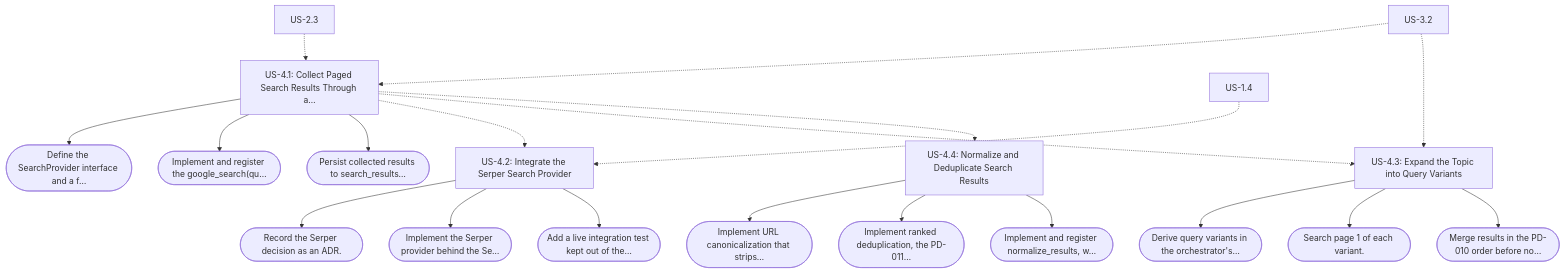
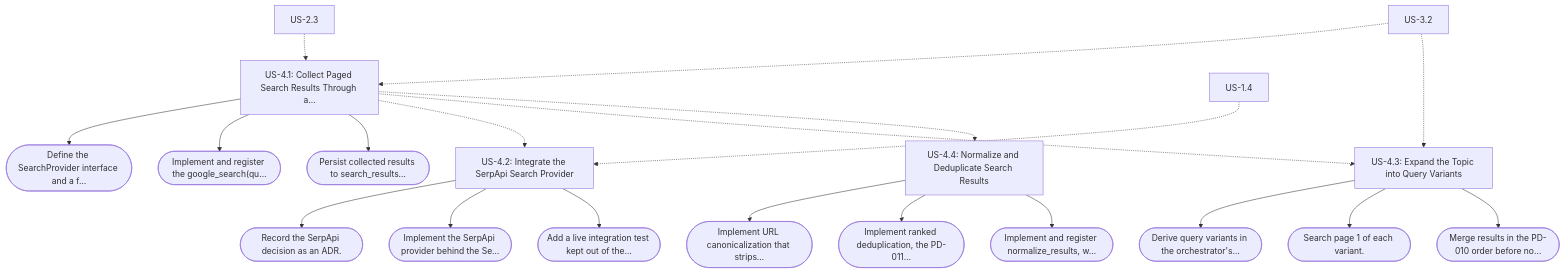
The fifth of 12 diagrams in SPECS.md (josoroma/deep-research-blog-writer), drawn with Mermaid before and after one commit. The commit also changed other lines of this file and 71 other files, not shown here.

Commit message:
Implement EPIC-4 Search with configurable providers and acceptance evidence

````diff
--- a/SPECS.md
+++ b/SPECS.md
@@ -488,29 +488,29 @@
 ```mermaid
 flowchart TD
   US-4_1["US-4.1: Collect Paged Search Results Through a…"]
   US-4_1 --> US-4_1_t1(["Define the SearchProvider interface and a f…"])
   US-4_1 --> US-4_1_t2(["Implement and register the google_search(qu…"])
   US-4_1 --> US-4_1_t3(["Persist collected results to search_results…"])
-  US-4_2["US-4.2: Integrate the Serper Search Provider"]
-  US-4_2 --> US-4_2_t1(["Record the Serper decision as an ADR."])
-  US-4_2 --> US-4_2_t2(["Implement the Serper provider behind the Se…"])
+  US-4_2["US-4.2: Integrate the SerpApi Search Provider"]
+  US-4_2 --> US-4_2_t1(["Record the SerpApi decision as an ADR."])
+  US-4_2 --> US-4_2_t2(["Implement the SerpApi provider behind the Se…"])
   US-4_2 --> US-4_2_t3(["Add a live integration test kept out of the…"])
   US-4_3["US-4.3: Expand the Topic into Query Variants"]
   US-4_3 --> US-4_3_t1(["Derive query variants in the orchestrator's…"])
   US-4_3 --> US-4_3_t2(["Search page 1 of each variant."])
   US-4_3 --> US-4_3_t3(["Merge results in the PD-010 order before no…"])
   US-4_4["US-4.4: Normalize and Deduplicate Search Results"]
   US-4_4 --> US-4_4_t1(["Implement URL canonicalization that strips…"])
   US-4_4 --> US-4_4_t2(["Implement ranked deduplication, the PD-011…"])
   US-4_4 --> US-4_4_t3(["Implement and register normalize_results, w…"])
   US-2_3["US-2.3"]
   US-3_2["US-3.2"]
   US-1_4["US-1.4"]
   US-2_3 -.-> US-4_1
   US-3_2 -.-> US-4_1
   US-1_4 -.-> US-4_2
   US-4_1 -.-> US-4_2
   US-3_2 -.-> US-4_3
   US-4_1 -.-> US-4_3
   US-4_1 -.-> US-4_4
 ```
````
